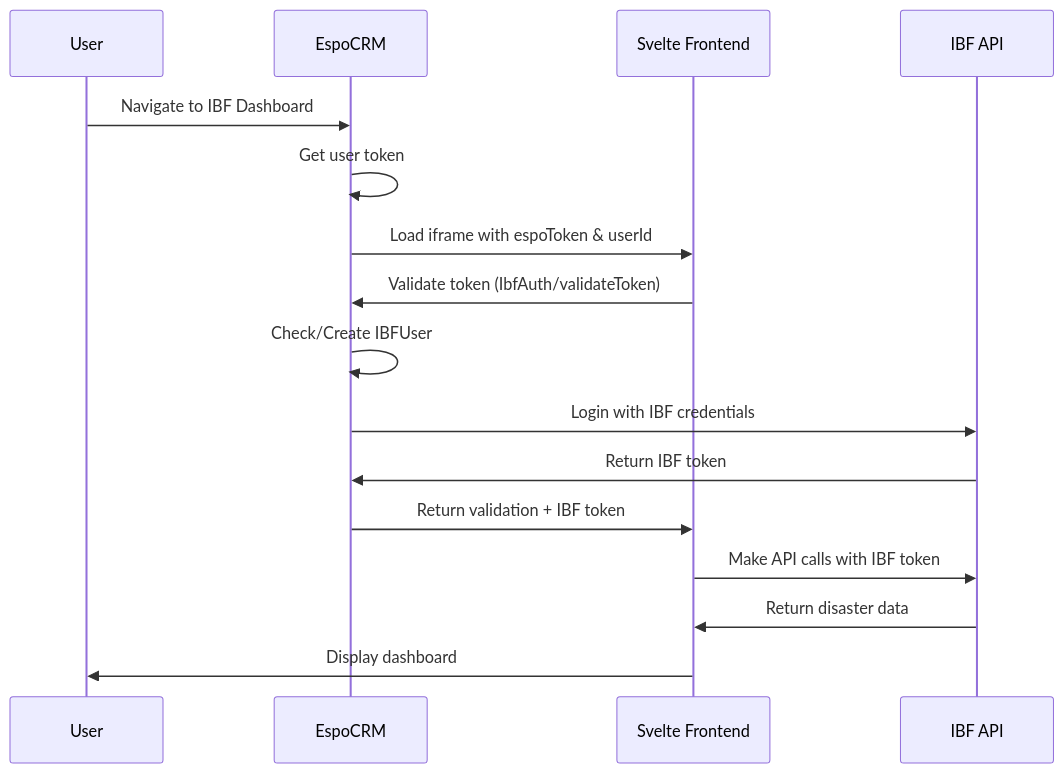
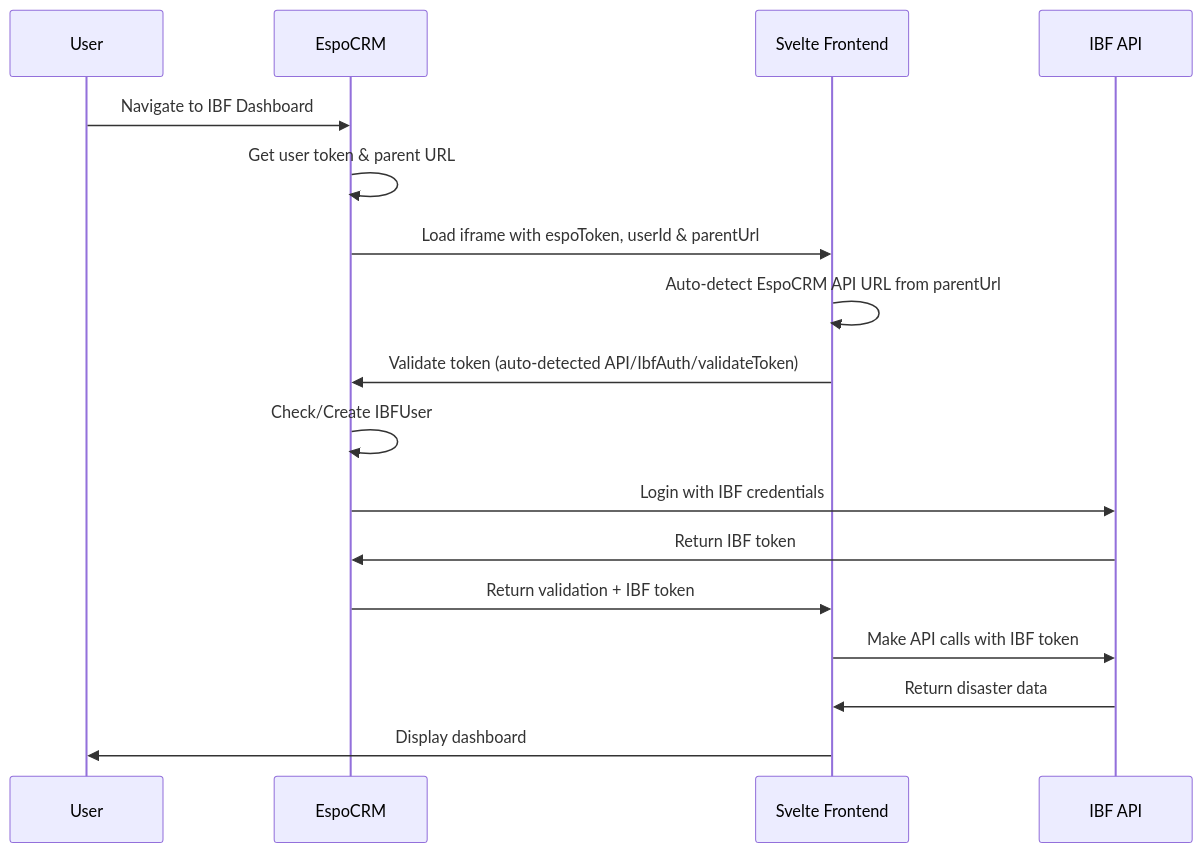
The diagram in interfaces/IBF-svelte/src/espocrm/README.md (rodekruis/IBF-system), drawn with Mermaid before and after one commit. The commit also changed other lines of this file and 1983 other files, not shown here.

````diff
--- a/interfaces/IBF-svelte/src/espocrm/README.md
+++ b/interfaces/IBF-svelte/src/espocrm/README.md
@@ -144,19 +144,20 @@
 ```mermaid
 sequenceDiagram
     participant U as User
     participant E as EspoCRM
     participant S as Svelte Frontend
     participant I as IBF API
 
     U->>E: Navigate to IBF Dashboard
-    E->>E: Get user token
-    E->>S: Load iframe with espoToken & userId
-    S->>E: Validate token (IbfAuth/validateToken)
+    E->>E: Get user token & parent URL
+    E->>S: Load iframe with espoToken, userId & parentUrl
+    S->>S: Auto-detect EspoCRM API URL from parentUrl
+    S->>E: Validate token (auto-detected API/IbfAuth/validateToken)
     E->>E: Check/Create IBFUser
     E->>I: Login with IBF credentials
     I->>E: Return IBF token
     E->>S: Return validation + IBF token
     S->>I: Make API calls with IBF token
     I->>S: Return disaster data
     S->>U: Display dashboard
 ```
````
